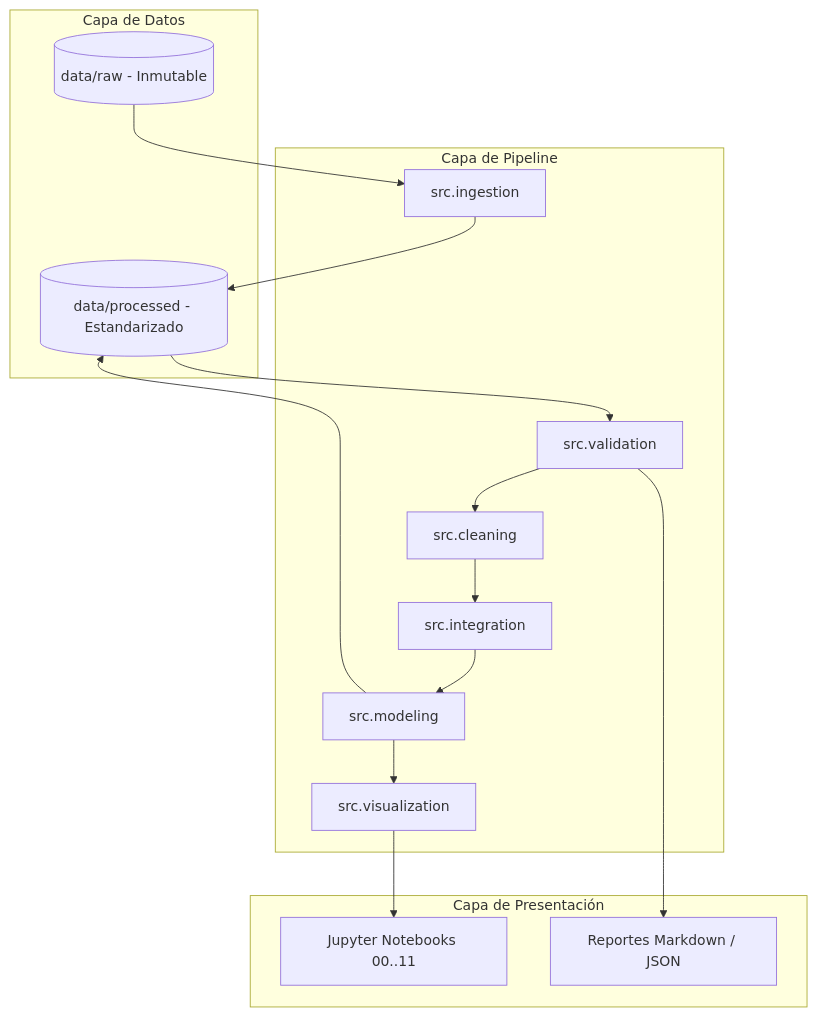
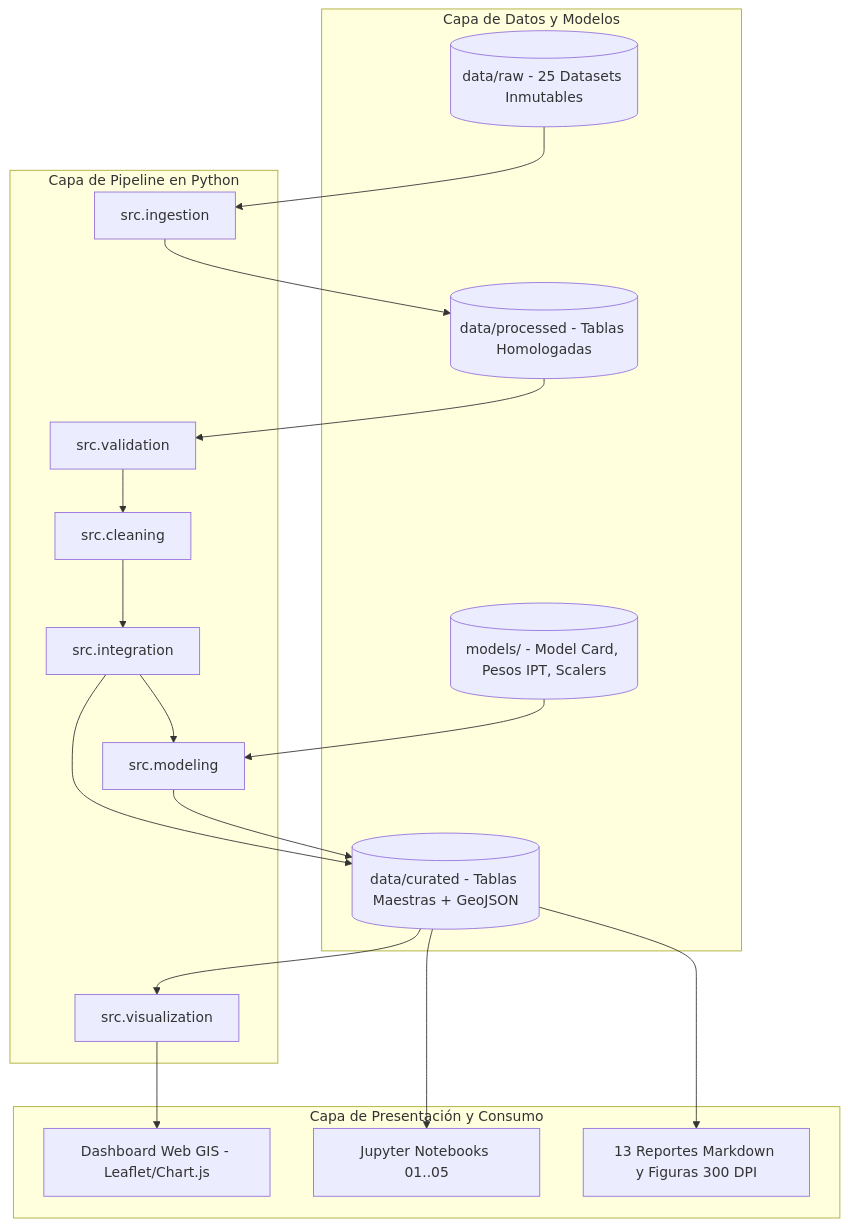
One commit to adansanchezc1-spec/DataJam_DataOlinguitos_Gen changed the diagram in docs/02-architecture/diagrams/component-diagram.md. Above: the diagram before and after it, drawn with Mermaid. The commit also changed other lines of this file and 72 other files, not shown here.

First line of the commit message:
feat(viz,docs): implement Web GIS dashboard with HCI protocols, unify to v1.0.0, and restructure documentation

````diff
--- a/docs/02-architecture/diagrams/component-diagram.md
+++ b/docs/02-architecture/diagrams/component-diagram.md
@@ -3,32 +3,38 @@
 ```mermaid
 graph TB
-    subgraph Capa de Datos
-        RAW[(data/raw - Inmutable)]
-        PROC[(data/processed - Estandarizado)]
+    subgraph Capa de Datos y Modelos
+        RAW[(data/raw - 25 Datasets Inmutables)]
+        PROC[(data/processed - Tablas Homologadas)]
+        CUR[(data/curated - Tablas Maestras + GeoJSON)]
+        MODELS[(models/ - Model Card, Pesos IPT, Scalers)]
     end
 
-    subgraph Capa de Pipeline
+    subgraph Capa de Pipeline en Python
         ING[src.ingestion]
         VAL[src.validation]
         CLN[src.cleaning]
         INT[src.integration]
         MOD[src.modeling]
         VIZ[src.visualization]
     end
 
-    subgraph Capa de Presentación
-        NB[Jupyter Notebooks 00..11]
-        REP[Reportes Markdown / JSON]
+    subgraph Capa de Presentación y Consumo
+        DASH[Dashboard Web GIS - Leaflet/Chart.js]
+        NB[Jupyter Notebooks 01..05]
+        REP[13 Reportes Markdown y Figuras 300 DPI]
     end
 
     RAW --> ING
     ING --> PROC
     PROC --> VAL
     VAL --> CLN
     CLN --> INT
     INT --> MOD
-    MOD --> VIZ
-    MOD --> PROC
-    VIZ --> NB
-    VAL --> REP
+    MODELS --> MOD
+    MOD --> CUR
+    INT --> CUR
+    CUR --> VIZ
+    VIZ --> DASH
+    CUR --> NB
+    CUR --> REP
 ```
````
